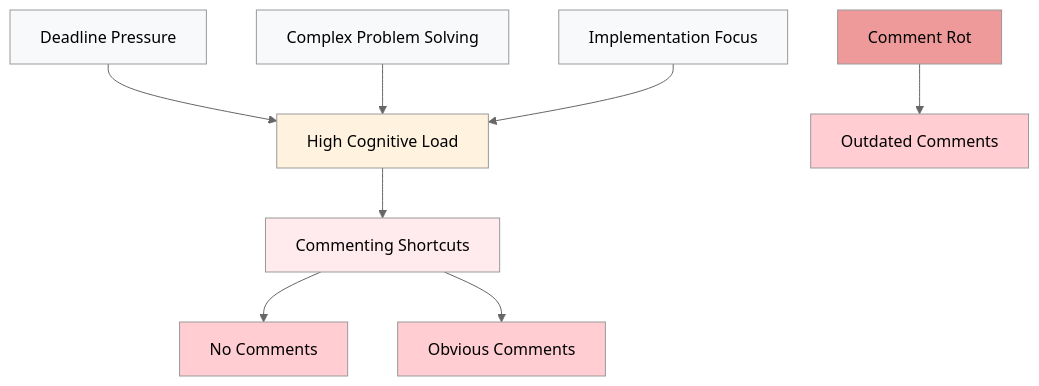
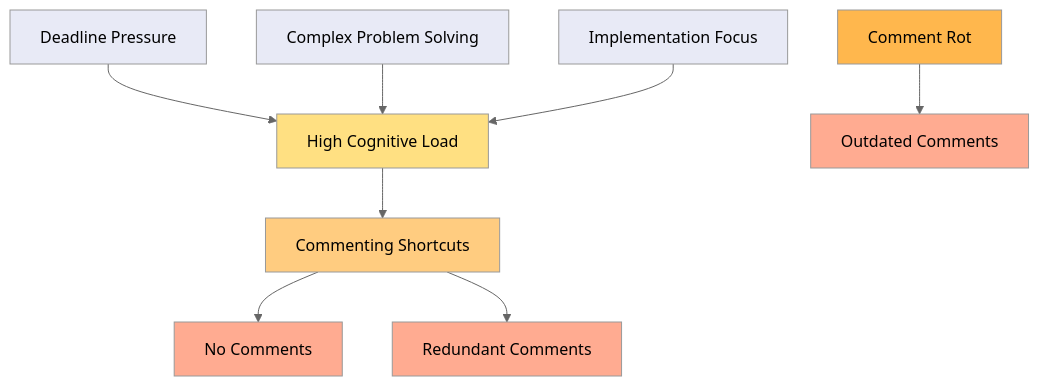
One commit to IndrajeetPatil/to-comment-or-not changed the first of 4 diagrams in index.qmd. Above: the diagram before and after it, drawn with Mermaid (neutral theme). The commit also changed other lines of this file and 1 other file, not shown here.

````diff
--- a/index.qmd
+++ b/index.qmd
@@ -109,25 +109,25 @@
 ```{mermaid}
 %%| eval: true
 %%| echo: false
 flowchart TD
     A[Deadline Pressure] --> D[High Cognitive Load]
     B[Complex Problem Solving] --> D
     C[Implementation Focus] --> D
 
     D --> E[Commenting Shortcuts]
 
     E --> F[No Comments]
-    E --> G[Obvious Comments]
+    E --> G[Redundant Comments]
 
     H[Comment Rot] --> I[Outdated Comments]
 
-    style A fill:#f8f9fa,color:#000
-    style B fill:#f8f9fa,color:#000
-    style C fill:#f8f9fa,color:#000
-    style D fill:#fff3e0,color:#000
-    style E fill:#ffebee,color:#000
-    style F fill:#ffcdd2,color:#000
-    style G fill:#ffcdd2,color:#000
-    style H fill:#ef9a9a,color:#000
-    style I fill:#ffcdd2,color:#000
+    style A fill:#E8EAF6,color:#000
+    style B fill:#E8EAF6,color:#000
+    style C fill:#E8EAF6,color:#000
+    style D fill:#FFE082,color:#000
+    style E fill:#FFCC80,color:#000
+    style F fill:#FFAB91,color:#000
+    style G fill:#FFAB91,color:#000
+    style H fill:#FFB74D,color:#000
+    style I fill:#FFAB91,color:#000
 ```
````
